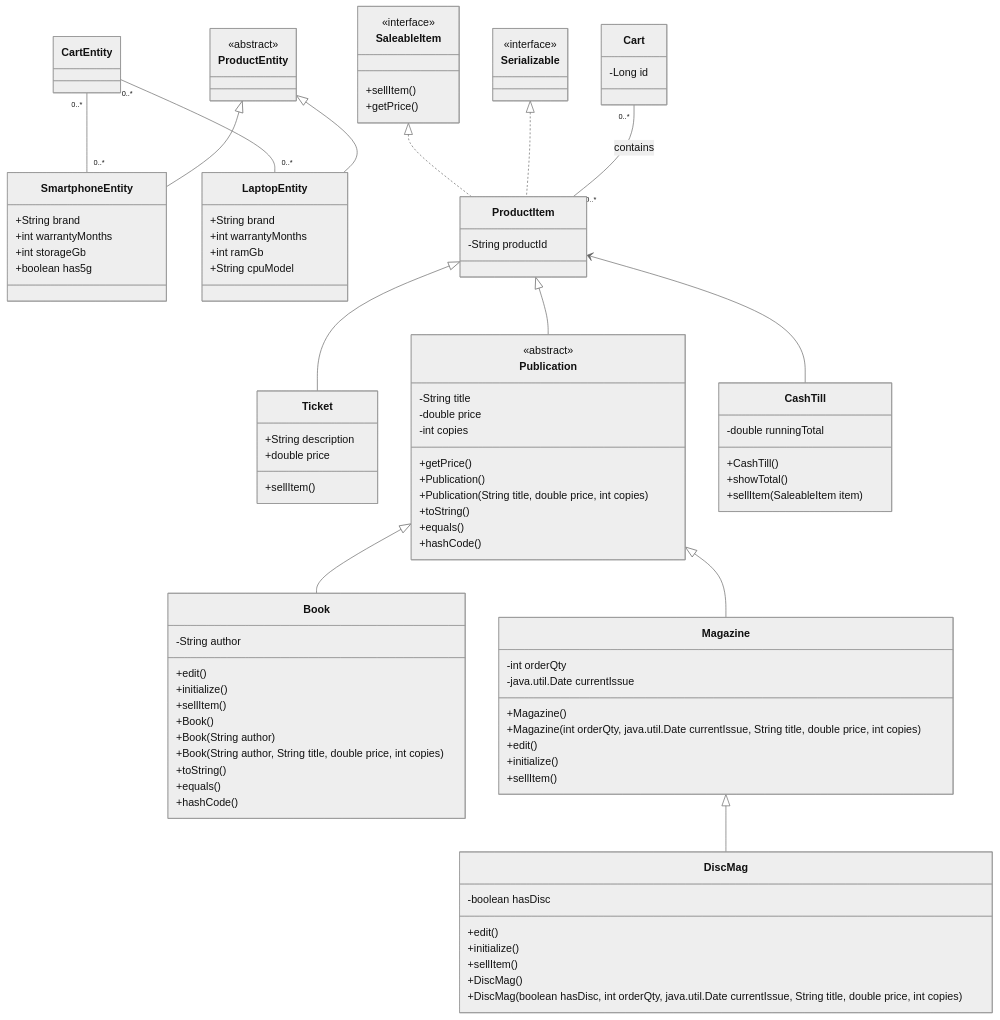
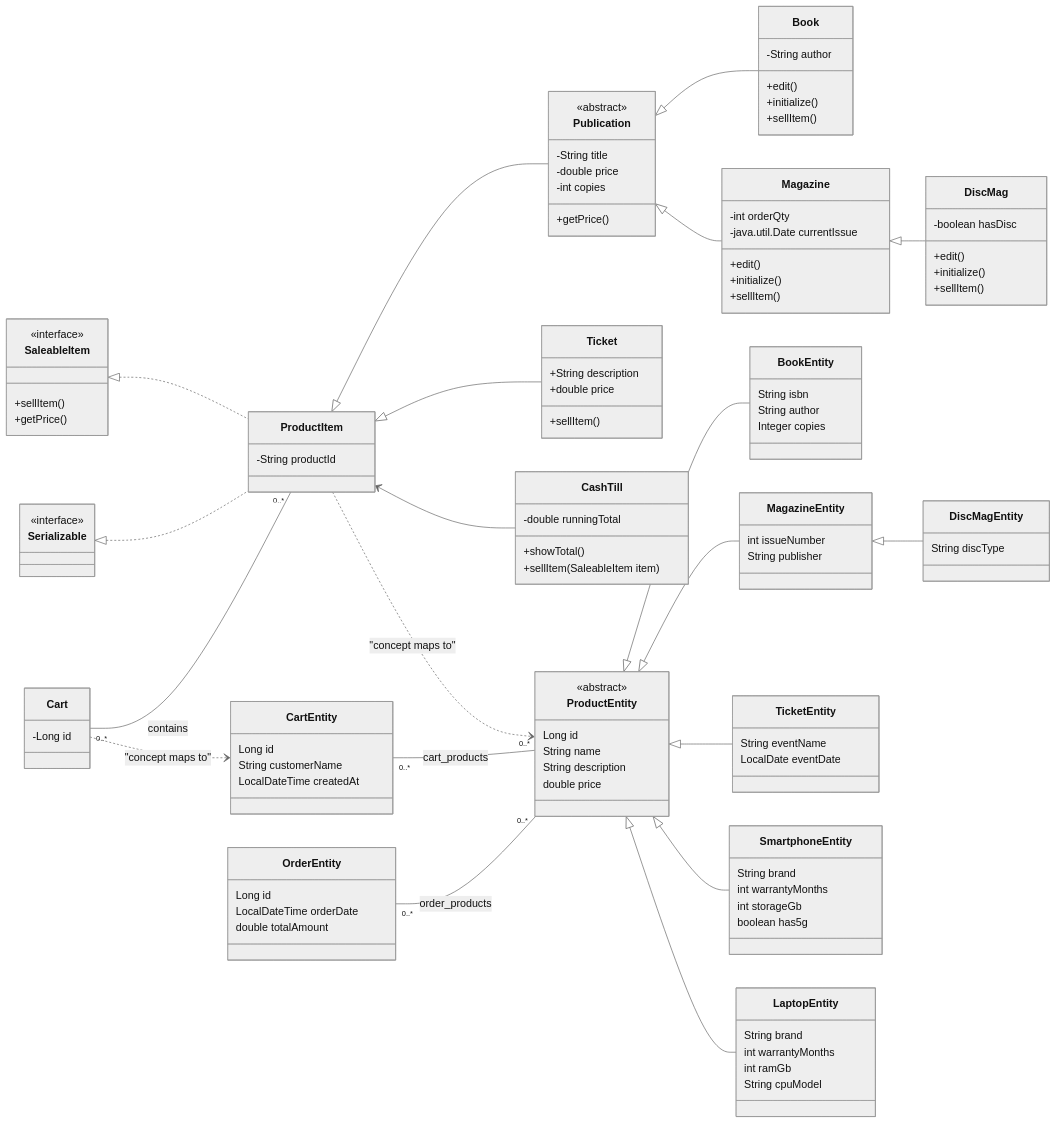
The diagram in documentation/bookstore.f25-2025-11-17-211001.mmd (Vladkot124/csd230_w26.lab1.VladyslavAndres), drawn with Mermaid (neutral theme) before and after one commit. The commit also changed 23 other files, not shown here.

```diff
--- a/documentation/bookstore.f25-2025-11-17-211001.mmd
+++ b/documentation/bookstore.f25-2025-11-17-211001.mmd
@@ -1,118 +1,154 @@
 classDiagram
-    CartEntity "0..*" -- "0..*" SmartphoneEntity
-    CartEntity "0..*" -- "0..*" LaptopEntity
+direction LR
 
-    ProductItem <|-- Ticket
-    ProductItem <|-- Publication
-    Publication <|-- Book
-    Publication <|-- Magazine
-    Magazine <|-- DiscMag
+%% =========================
+%% 1) POJO / Domain model
+%% =========================
 
-    SaleableItem <|.. ProductItem
-    Serializable <|.. ProductItem
+class SaleableItem {
+  <<interface>>
+  +sellItem()
+  +getPrice()
+}
 
-    ProductItem <-- CashTill
-    Cart "0..*" -- "0..*" ProductItem : contains
+class Serializable {
+  <<interface>>
+}
 
-    ProductEntity <|-- SmartphoneEntity
-    ProductEntity <|-- LaptopEntity
+class ProductItem {
+  -String productId
+}
 
-    class ProductEntity {
-        <<abstract>>
-    }
+SaleableItem <|.. ProductItem
+Serializable <|.. ProductItem
 
-    class SmartphoneEntity {
-        +String brand
-        +int warrantyMonths
-        +int storageGb
-        +boolean has5g
-    }
+class Publication {
+  <<abstract>>
+  -String title
+  -double price
+  -int copies
+  +getPrice()
+}
 
-    class LaptopEntity {
-        +String brand
-        +int warrantyMonths
-        +int ramGb
-        +String cpuModel
-    }
+class Book {
+  -String author
+  +edit()
+  +initialize()
+  +sellItem()
+}
 
-    class CartEntity
-    class Cart {
-        -Long id
-    }
+class Magazine {
+  -int orderQty
+  -java.util.Date currentIssue
+  +edit()
+  +initialize()
+  +sellItem()
+}
 
-    class ProductItem {
-        -String productId
-    }
+class DiscMag {
+  -boolean hasDisc
+  +edit()
+  +initialize()
+  +sellItem()
+}
 
-    class Serializable {
-        <<interface>>
-    }
+class Ticket {
+  +String description
+  +double price
+  +sellItem()
+}
 
-    class Ticket {
-        +String description
-        +double price
-        +sellItem()
-    }
+ProductItem <|-- Publication
+Publication <|-- Book
+Publication <|-- Magazine
+Magazine <|-- DiscMag
+ProductItem <|-- Ticket
 
-    class Publication {
-        <<abstract>>
-        -String title
-        -double price
-        -int copies
-        +getPrice()
+class Cart {
+  -Long id
+}
+Cart "0..*" -- "0..*" ProductItem : contains
 
-        +Publication()
-        +Publication(String title, double price, int copies)
-        +toString()
-        +equals()
-        +hashCode()
-    }
+class CashTill {
+  -double runningTotal
+  +showTotal()
+  +sellItem(SaleableItem item)
+}
+ProductItem <-- CashTill
 
-    class Book {
-        -String author
-        +edit()
-        +initialize()
-        +sellItem()
 
-        +Book()
-        +Book(String author)
-        +Book(String author, String title, double price, int copies)
-        +toString()
-        +equals()
-        +hashCode()
-    }
+%% =========================
+%% 2) JPA / Entity model
+%% =========================
 
-    class Magazine {
-        -int orderQty
-        -java.util.Date currentIssue
+class ProductEntity {
+  <<abstract>>
+  Long id
+  String name
+  String description
+  double price
+}
 
-        +Magazine()
-        +Magazine(int orderQty, java.util.Date currentIssue, String title, double price, int copies)
+class BookEntity {
+  String isbn
+  String author
+  Integer copies
+}
 
-        +edit()
-        +initialize()
-        +sellItem()
-    }
+class MagazineEntity {
+  int issueNumber
+  String publisher
+}
 
-    class DiscMag {
-        -boolean hasDisc
-        +edit()
-        +initialize()
-        +sellItem()
+class DiscMagEntity {
+  String discType
+}
 
-        +DiscMag()
-        +DiscMag(boolean hasDisc, int orderQty, java.util.Date currentIssue, String title, double price, int copies)
-    }
+class TicketEntity {
+  String eventName
+  LocalDate eventDate
+}
 
-    class CashTill {
-        -double runningTotal
-        +CashTill()
-        +showTotal()
-        +sellItem(SaleableItem item)
-    }
+class SmartphoneEntity {
+  String brand
+  int warrantyMonths
+  int storageGb
+  boolean has5g
+}
 
-    class SaleableItem {
-        <<interface>>
-        +sellItem()
-        +getPrice()
-    }
+class LaptopEntity {
+  String brand
+  int warrantyMonths
+  int ramGb
+  String cpuModel
+}
+
+class CartEntity {
+  Long id
+  String customerName
+  LocalDateTime createdAt
+}
+
+class OrderEntity {
+  Long id
+  LocalDateTime orderDate
+  double totalAmount
+}
+
+ProductEntity <|-- BookEntity
+ProductEntity <|-- MagazineEntity
+MagazineEntity <|-- DiscMagEntity
+ProductEntity <|-- TicketEntity
+ProductEntity <|-- SmartphoneEntity
+ProductEntity <|-- LaptopEntity
+
+CartEntity "0..*" -- "0..*" ProductEntity : cart_products
+OrderEntity "0..*" -- "0..*" ProductEntity : order_products
+
+
+%% =========================
+%% 3) Optional: mapping note
+%% (conceptual, not code)
+%% =========================
+ProductItem ..> ProductEntity : "concept maps to"
+Cart ..> CartEntity : "concept maps to"
```
